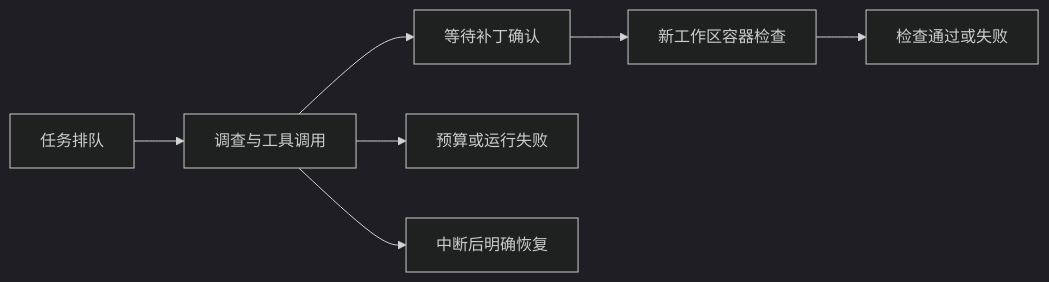
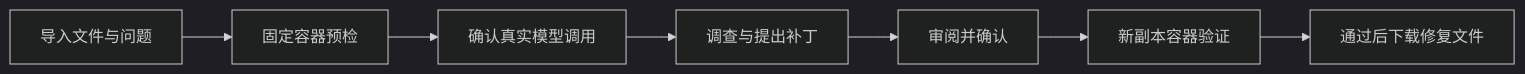
Before and after one commit to oNanachii/patchtrail: the diagram in README.md, drawn with Mermaid (dark theme). The commit also changed other lines of this file and 2 other files, not shown here.

````diff
--- a/README.md
+++ b/README.md
@@ -22,9 +19,9 @@
 ```mermaid
 flowchart LR
-  Q[任务排队] --> D[调查与工具调用]
-  D --> A[等待补丁确认]
-  A --> V[新工作区容器检查]
-  V --> S[检查通过或失败]
-  D --> F[预算或运行失败]
-  D --> I[中断后明确恢复]
+  U[导入文件与问题] --> B[固定容器预检]
+  B --> C[确认真实模型调用]
+  C --> D[调查与提出补丁]
+  D --> A[审阅并确认]
+  A --> V[新副本容器验证]
+  V --> S[通过后下载修复文件]
 ```
````
